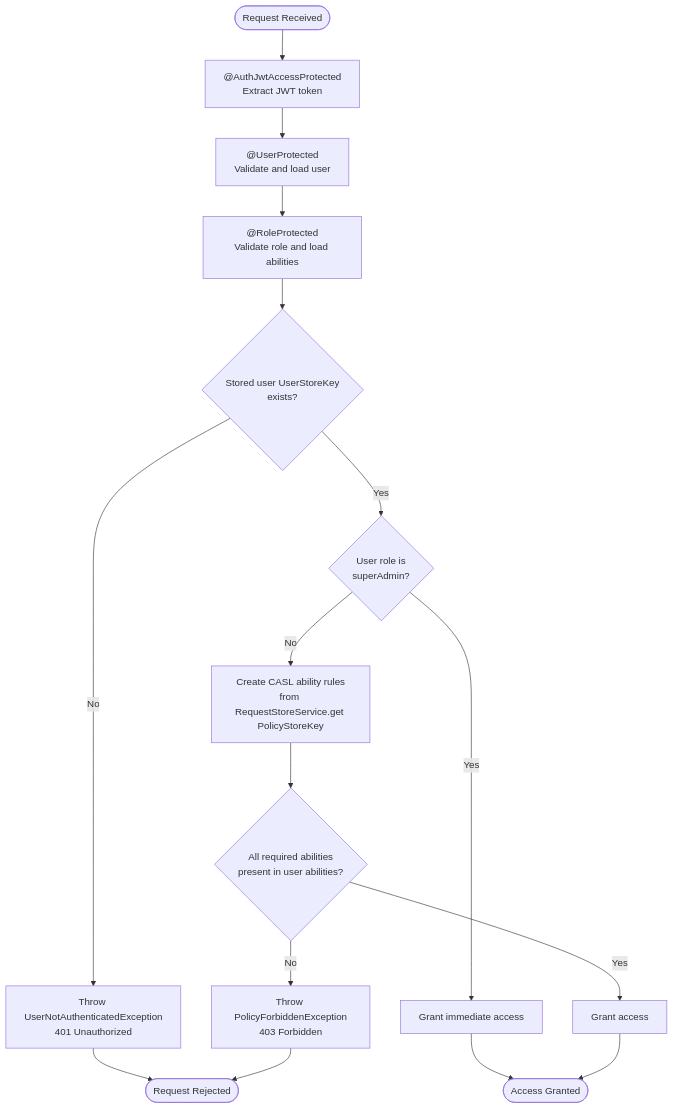
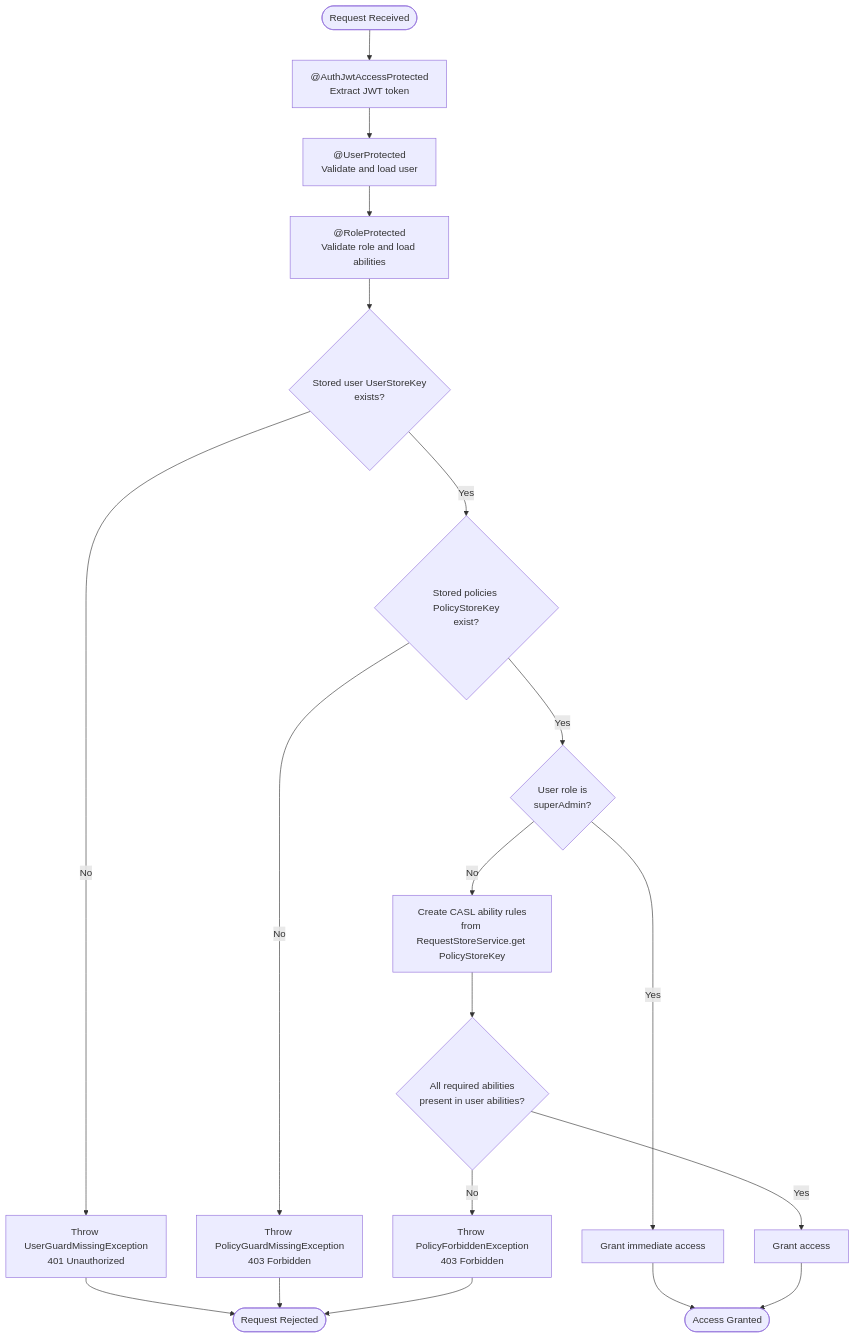
One commit to andrechristikan/ack-nestjs-boilerplate changed the third of 5 diagrams in docs/authorization.md. Above: the diagram before and after it, drawn with Mermaid. The commit also changed other lines of this file and 29 other files, not shown here.

Commit message:
docs: Sync docs with guard store exceptions, inline orderBy, boot failure, and job state re-publish

````diff
--- a/docs/authorization.md
+++ b/docs/authorization.md
@@ -485,24 +529,28 @@
 ```mermaid
 flowchart TD
     Start([Request Received]) --> JwtGuard[ @AuthJwtAccessProtected<br/>Extract JWT token]
     JwtGuard --> UserGuard[ @UserProtected<br/>Validate and load user]
     UserGuard --> RoleGuard[ @RoleProtected<br/>Validate role and load abilities]
     RoleGuard --> CheckUser{Stored user UserStoreKey<br/>exists?}
 
-    CheckUser -->|No| ErrorUser[Throw UserNotAuthenticatedException<br/>401 Unauthorized]
-    CheckUser -->|Yes| CheckSuperAdmin{User role is<br/>superAdmin?}
+    CheckUser -->|No| ErrorUser[Throw UserGuardMissingException<br/>401 Unauthorized]
+    CheckUser -->|Yes| CheckPolicies{Stored policies PolicyStoreKey<br/>exist?}
+
+    CheckPolicies -->|No| ErrorPolicies[Throw PolicyGuardMissingException<br/>403 Forbidden]
+    CheckPolicies -->|Yes| CheckSuperAdmin{User role is<br/>superAdmin?}
 
     CheckSuperAdmin -->|Yes| GrantSuperAdmin[Grant immediate access]
     CheckSuperAdmin -->|No| CreateAbilities[Create CASL ability rules<br/>from RequestStoreService.get PolicyStoreKey]
 
     CreateAbilities --> ValidateAbilities{All required abilities<br/>present in user abilities?}
 
     ValidateAbilities -->|No| ErrorForbidden[Throw PolicyForbiddenException<br/>403 Forbidden]
     ValidateAbilities -->|Yes| GrantAccess[Grant access]
 
     GrantSuperAdmin --> Success([Access Granted])
     GrantAccess --> Success
 
     ErrorUser --> End([Request Rejected])
+    ErrorPolicies --> End
     ErrorForbidden --> End
 ```
````
